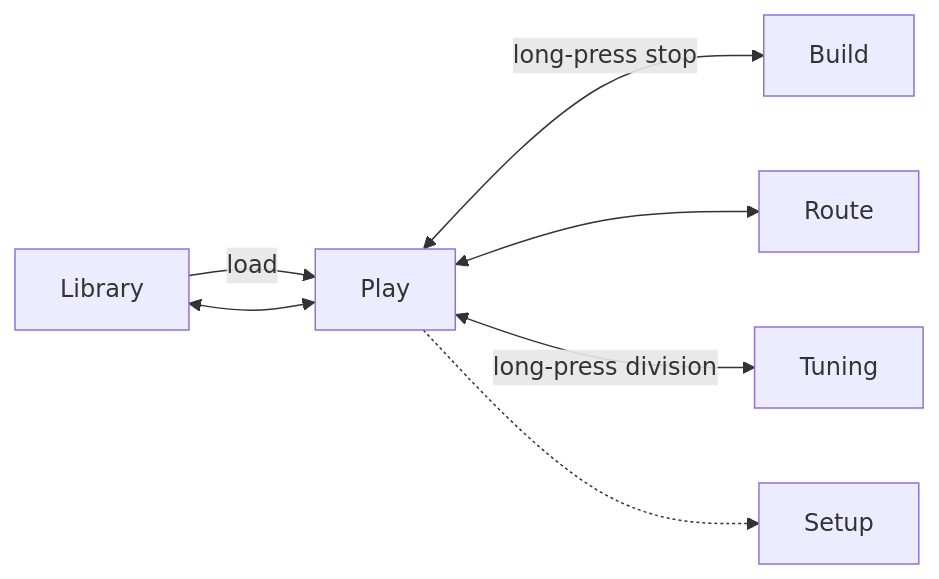
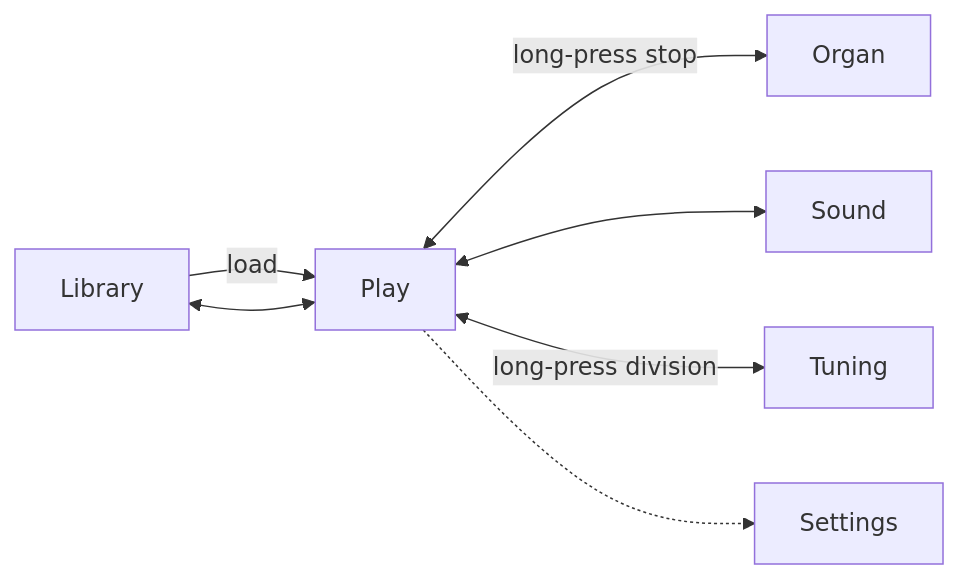
One commit to macaquedev/aristide changed the diagram in docs/design/ui-flow-spec.md. Above: the diagram before and after it, drawn with Mermaid. The commit also changed other lines of this file and 1 other file, not shown here.

First line of the commit message:
docs(spec): split organ settings from Aristide's

````diff
--- a/docs/design/ui-flow-spec.md
+++ b/docs/design/ui-flow-spec.md
@@ -48,9 +48,9 @@
 ```mermaid
 flowchart LR
   L[Library] -->|load| P[Play]
-  P <-->|long-press stop| B[Build]
-  P <--> R[Route]
+  P <-->|long-press stop| O[Organ]
+  P <--> R[Sound]
   P <-->|long-press division| T[Tuning]
   P <--> L
-  P -.-> S[Setup]
+  P -.-> S[Settings]
 ```
````
